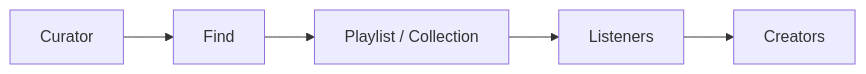
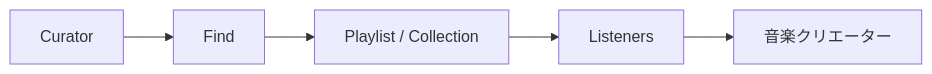
One commit to ShigeichiroYamasaki/creator-first-platform changed diagram 14 of 35 in docs/whitepaper/08-discovery-community.md. Above: the diagram before and after it, drawn with Mermaid. The commit also changed other lines of this file and 67 other files, not shown here.

````diff
--- a/docs/whitepaper/08-discovery-community.md
+++ b/docs/whitepaper/08-discovery-community.md
@@ -495,11 +495,11 @@
 ```mermaid
 flowchart LR
     C[Curator]
     FIND[Find]
     LIST[Playlist / Collection]
     USERS[Listeners]
-    CREATOR[Creators]
+    CREATOR[音楽クリエーター]
 
     C --> FIND --> LIST --> USERS
     USERS --> CREATOR
 ```
````
